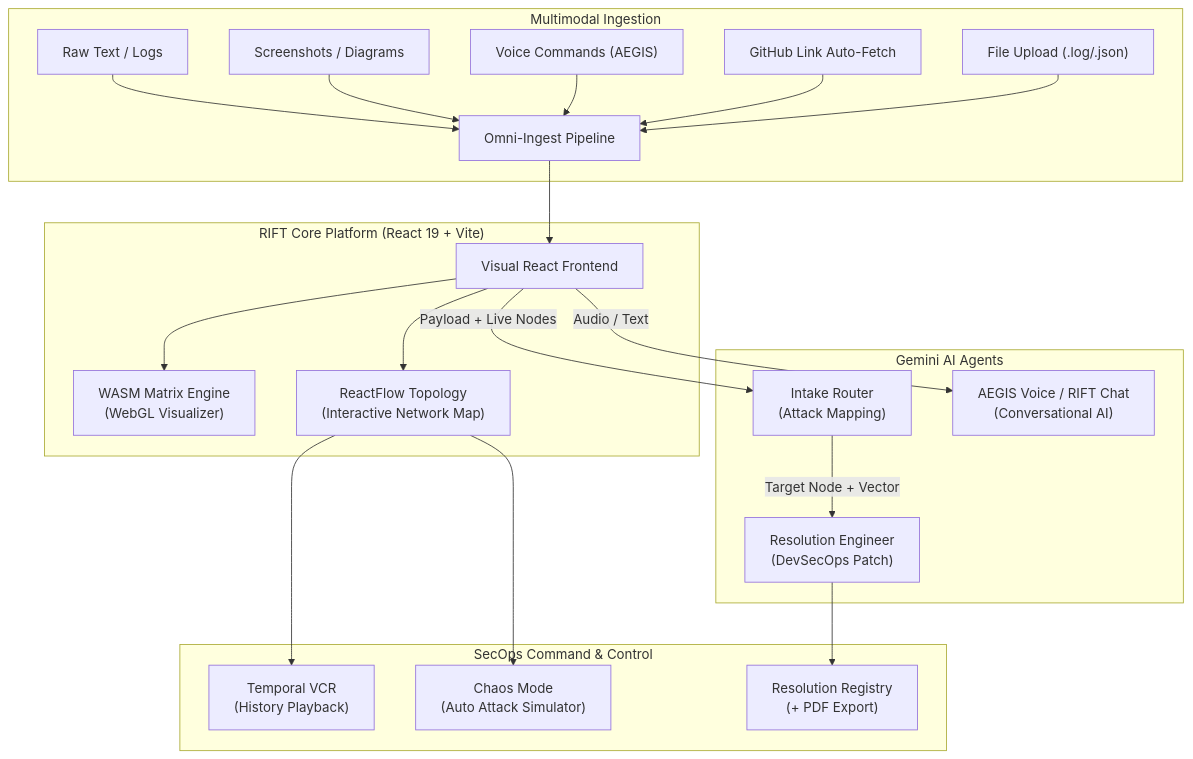
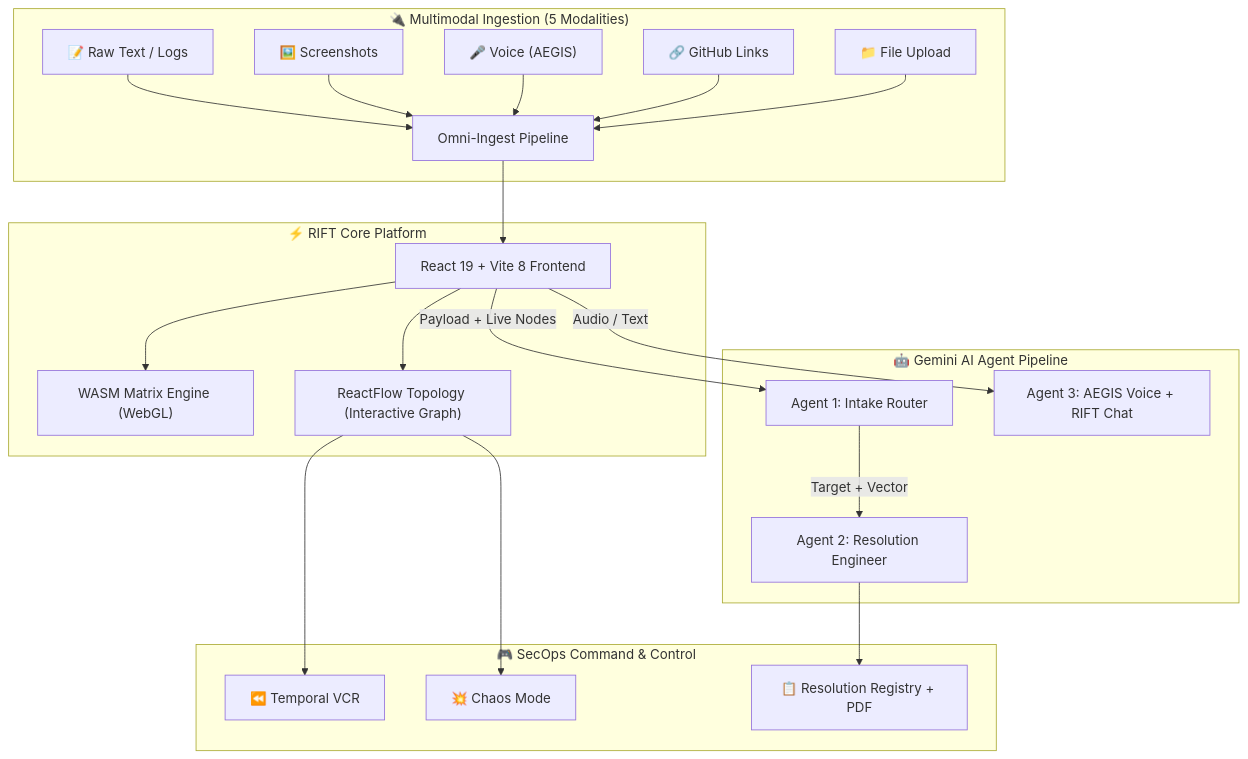
The diagram in README.md (omshukla24/Rift), drawn with Mermaid before and after one commit. The commit also changed other lines of this file, not shown here.

Commit message:
docs: Premium README with badges, icons, architecture diagram, and full feature documentation

````diff
--- a/README.md
+++ b/README.md
@@ -22,33 +65,29 @@
 ```mermaid
 graph TD
-    %% Data Ingestion
-    subgraph "Multimodal Ingestion"
-        Text["Raw Text / Logs"] --> Ingest
-        Image["Screenshots / Diagrams"] --> Ingest
-        Audio["Voice Commands (AEGIS)"] --> Ingest
-        GH["GitHub Link Auto-Fetch"] --> Ingest
-        File["File Upload (.log/.json)"] --> Ingest
-        Ingest["Omni-Ingest Pipeline"]
+    subgraph "🔌 Multimodal Ingestion (5 Modalities)"
+        T["📝 Raw Text / Logs"] --> I
+        IM["🖼️ Screenshots"] --> I
+        A["🎤 Voice (AEGIS)"] --> I
+        G["🔗 GitHub Links"] --> I
+        F["📁 File Upload"] --> I
+        I["Omni-Ingest Pipeline"]
     end
 
-    %% Core Platform
-    subgraph "RIFT Core Platform (React 19 + Vite)"
-        Ingest --> UI["Visual React Frontend"]
-        UI --> Matrix["WASM Matrix Engine<br/>(WebGL Visualizer)"]
-        UI --> RFlow["ReactFlow Topology<br/>(Interactive Network Map)"]
+    subgraph "⚡ RIFT Core Platform"
+        I --> UI["React 19 + Vite 8 Frontend"]
+        UI --> MX["WASM Matrix Engine (WebGL)"]
+        UI --> RF["ReactFlow Topology (Interactive Graph)"]
     end
 
-    %% Intelligence
-    subgraph "Gemini AI Agents"
-        UI -- "Payload + Live Nodes" --> Agent1["Intake Router<br/>(Attack Mapping)"]
-        Agent1 -- "Target Node + Vector" --> Agent2["Resolution Engineer<br/>(DevSecOps Patch)"]
-        UI -- "Audio / Text" --> Agent3["AEGIS Voice / RIFT Chat<br/>(Conversational AI)"]
+    subgraph "🤖 Gemini AI Agent Pipeline"
+        UI -- "Payload + Live Nodes" --> A1["Agent 1: Intake Router"]
+        A1 -- "Target + Vector" --> A2["Agent 2: Resolution Engineer"]
+        UI -- "Audio / Text" --> A3["Agent 3: AEGIS Voice + RIFT Chat"]
     end
 
-    %% Operations
-    subgraph "SecOps Command & Control"
-        RFlow --> VCR["Temporal VCR<br/>(History Playback)"]
-        RFlow --> Sim["Chaos Mode<br/>(Auto Attack Simulator)"]
-        Agent2 --> Registry["Resolution Registry<br/>(+ PDF Export)"]
+    subgraph "🎮 SecOps Command & Control"
+        RF --> VCR["⏪ Temporal VCR"]
+        RF --> CM["💥 Chaos Mode"]
+        A2 --> RR["📋 Resolution Registry + PDF"]
     end
 ```
````
